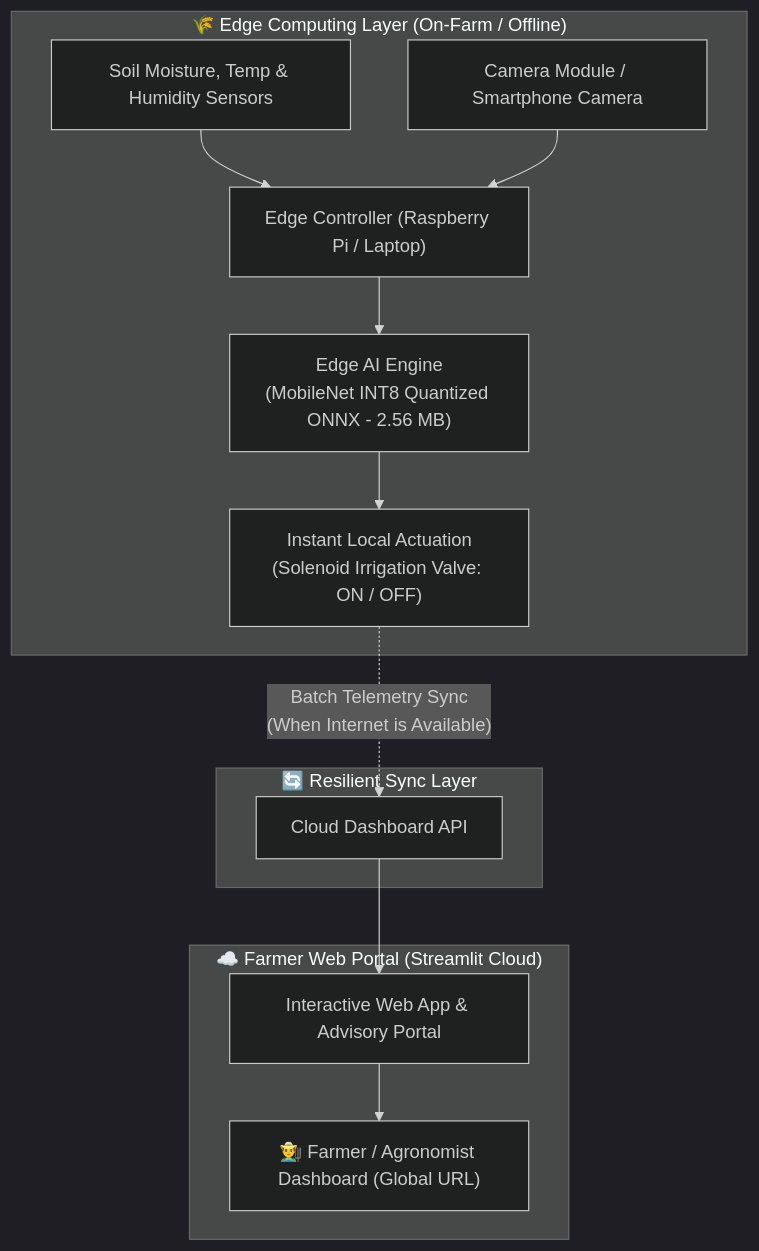
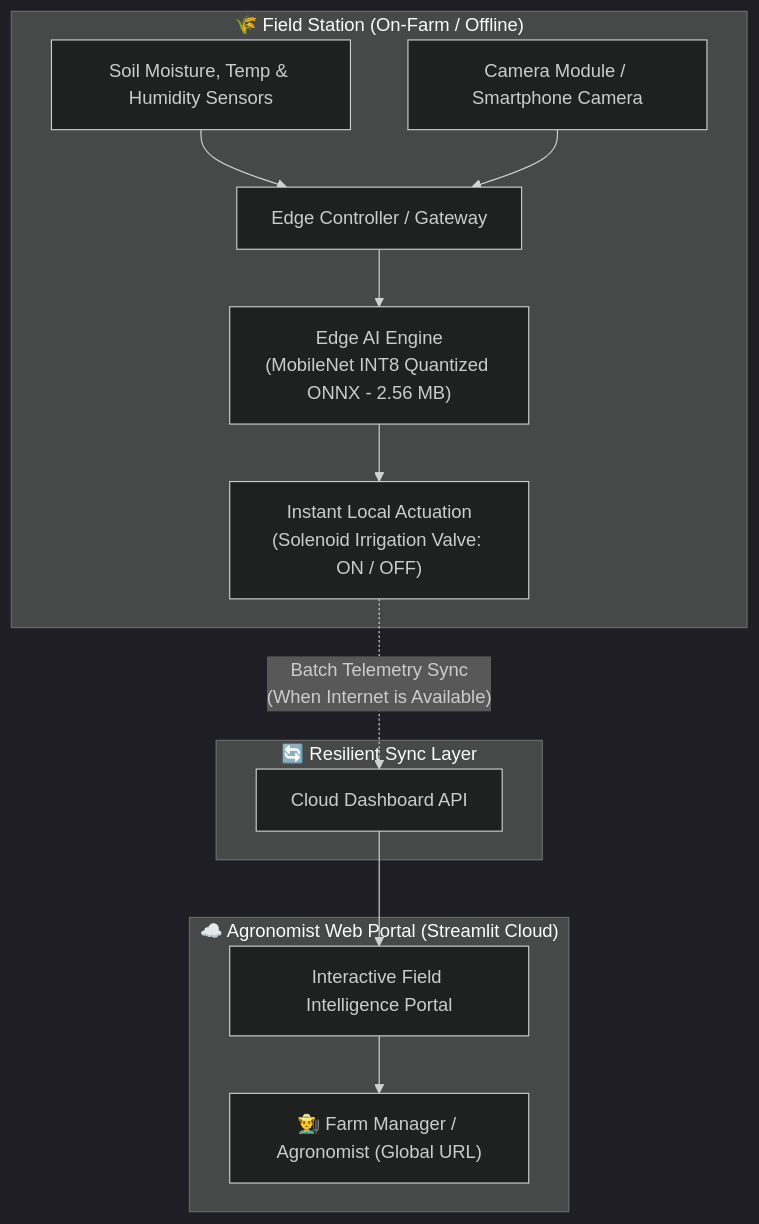
Before and after one commit to rishu295/AgroEdge-AI: the diagram in README.md, drawn with Mermaid (dark theme). The commit also changed other lines of this file and 1 other file, not shown here.

Commit message:
refactor: redesign UI into enterprise SaaS AcrePulse platform inspired by Plantix and Climate FieldView

````diff
--- a/README.md
+++ b/README.md
@@ -37,18 +21,18 @@
 ```mermaid
 flowchart TD
-    subgraph EdgeLayer ["🌾 Edge Computing Layer (On-Farm / Offline)"]
-        Sensors["Soil Moisture, Temp & Humidity Sensors"] --> EdgeBrain["Edge Controller (Raspberry Pi / Laptop)"]
-        Camera["Camera Module / Smartphone Camera"] --> EdgeBrain
-        EdgeBrain --> QuantizedModel["Edge AI Engine\n(MobileNet INT8 Quantized ONNX - 2.56 MB)"]
+    subgraph OnFieldStation ["🌾 Field Station (On-Farm / Offline)"]
+        Sensors["Soil Moisture, Temp & Humidity Sensors"] --> EdgeController["Edge Controller / Gateway"]
+        Camera["Camera Module / Smartphone Camera"] --> EdgeController
+        EdgeController --> QuantizedModel["Edge AI Engine\n(MobileNet INT8 Quantized ONNX - 2.56 MB)"]
         QuantizedModel --> Actuation["Instant Local Actuation\n(Solenoid Irrigation Valve: ON / OFF)"]
     end
 
     subgraph SyncGateway ["🔄 Resilient Sync Layer"]
         Actuation -. "Batch Telemetry Sync\n(When Internet is Available)" .-> CloudPlatform["Cloud Dashboard API"]
     end
 
-    subgraph WebInterface ["☁️ Farmer Web Portal (Streamlit Cloud)"]
-        CloudPlatform --> LiveApp["Interactive Web App & Advisory Portal"]
-        LiveApp --> Farmer["👨‍🌾 Farmer / Agronomist Dashboard (Global URL)"]
+    subgraph WebInterface ["☁️ Agronomist Web Portal (Streamlit Cloud)"]
+        CloudPlatform --> LiveApp["Interactive Field Intelligence Portal"]
+        LiveApp --> Agronomist["👨‍🌾 Farm Manager / Agronomist (Global URL)"]
     end
 ```
````
